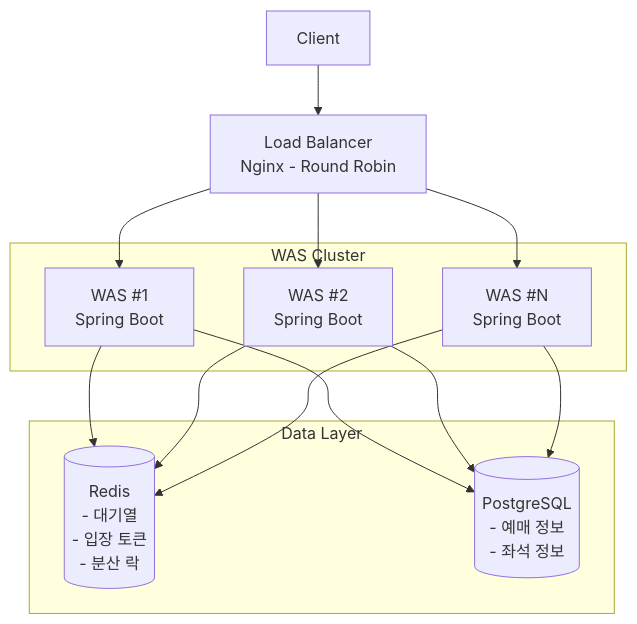
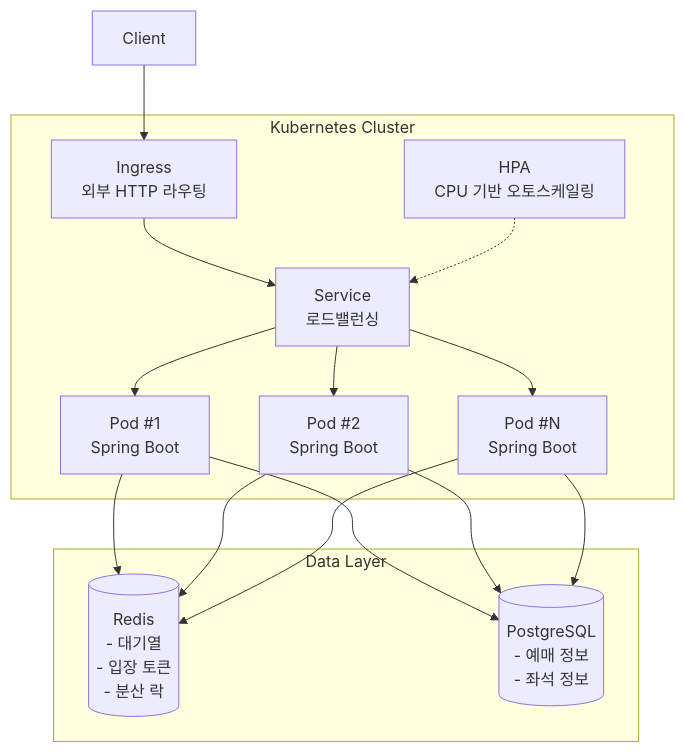
Before and after one commit to dudxor4587/ticketing-system: the first of 2 diagrams in docs/architecture.md, drawn with Mermaid. The commit also changed other lines of this file and 9 other files, not shown here.

````diff
--- a/docs/architecture.md
+++ b/docs/architecture.md
@@ -26,27 +26,27 @@
 ```mermaid
 flowchart TB
     Client[Client]
-    LB[Load Balancer<br/>Nginx - Round Robin]
+    Ingress[Ingress<br/>외부 HTTP 라우팅]
+    SVC[Service<br/>로드밸런싱]
 
-    subgraph WAS["WAS Cluster"]
-        WAS1[WAS #1<br/>Spring Boot]
-        WAS2[WAS #2<br/>Spring Boot]
-        WASN[WAS #N<br/>Spring Boot]
+    subgraph K8s["Kubernetes Cluster"]
+        Ingress --> SVC
+        SVC --> WAS1[Pod #1<br/>Spring Boot]
+        SVC --> WAS2[Pod #2<br/>Spring Boot]
+        SVC --> WASN[Pod #N<br/>Spring Boot]
+        HPA[HPA<br/>CPU 기반 오토스케일링] -.-> SVC
     end
 
     subgraph DataLayer["Data Layer"]
         Redis[(Redis<br/>- 대기열<br/>- 입장 토큰<br/>- 분산 락)]
         PostgreSQL[(PostgreSQL<br/>- 예매 정보<br/>- 좌석 정보)]
     end
 
-    Client --> LB
-    LB --> WAS1
-    LB --> WAS2
-    LB --> WASN
+    Client --> Ingress
     WAS1 --> Redis
     WAS1 --> PostgreSQL
     WAS2 --> Redis
     WAS2 --> PostgreSQL
     WASN --> Redis
     WASN --> PostgreSQL
 ```
````
